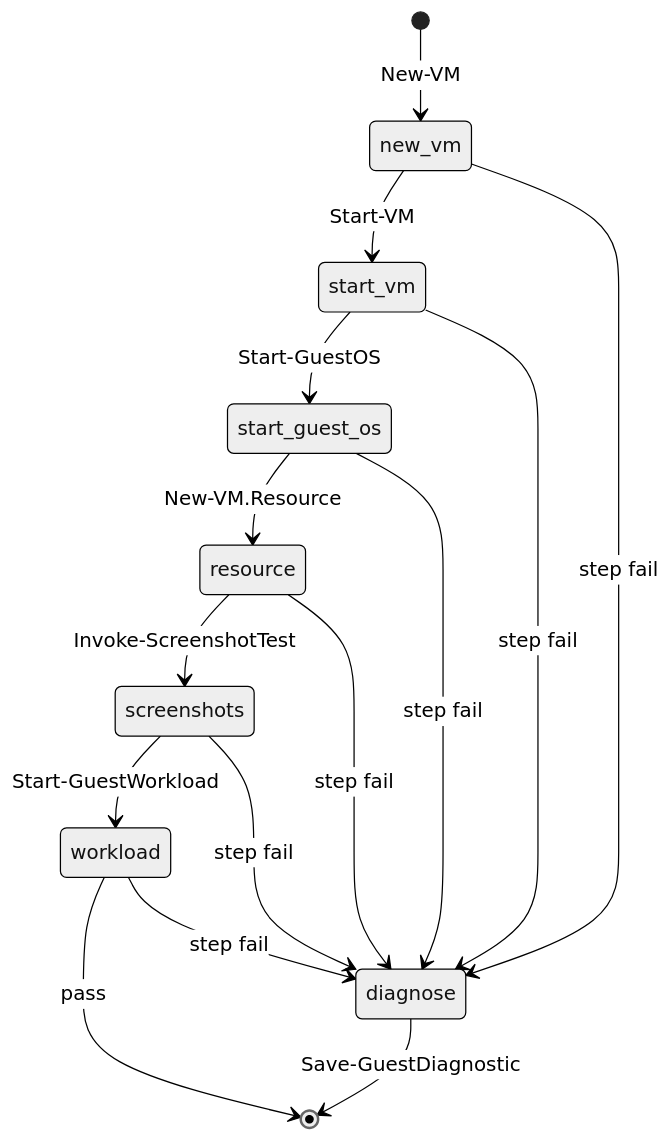
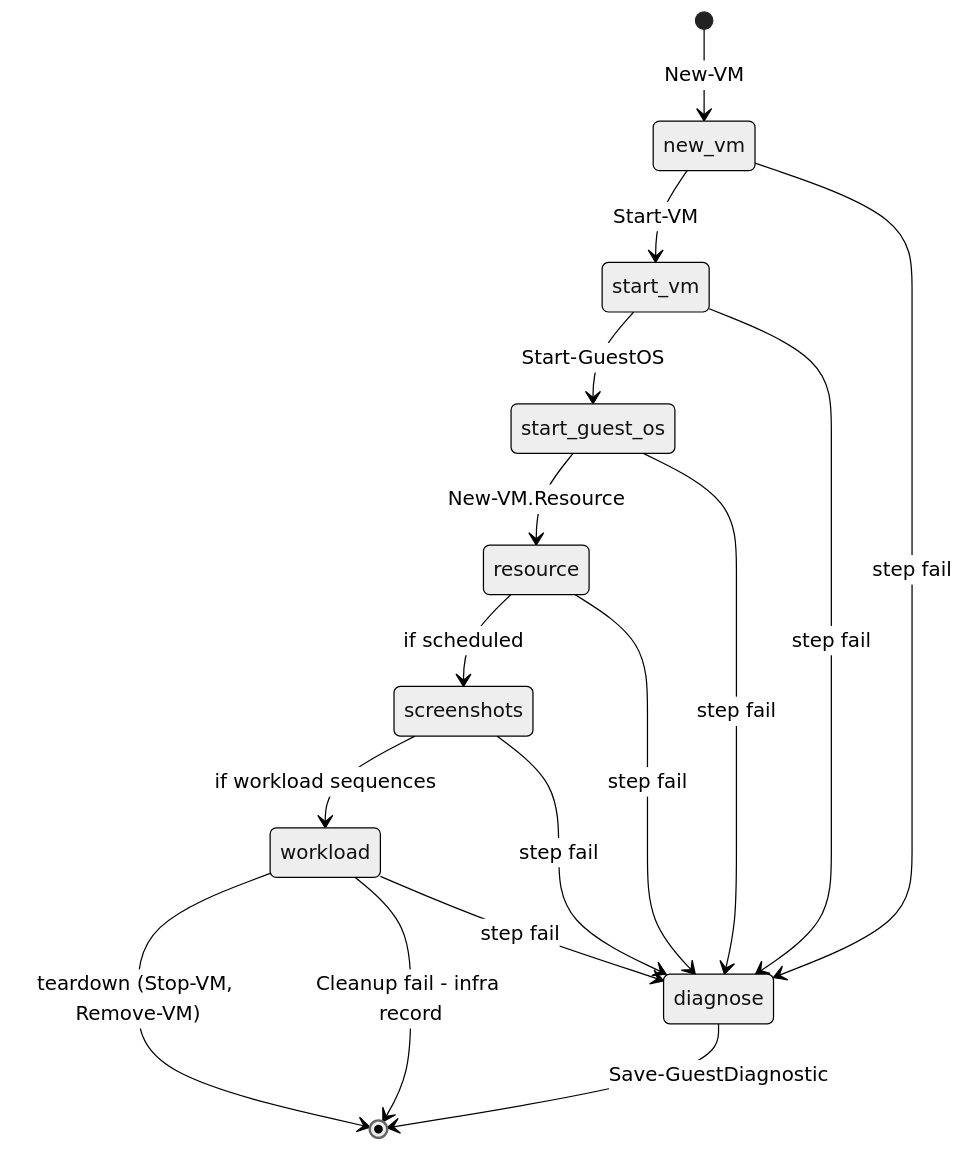
Before and after one commit to alissonsol/yuruna: the second of 2 diagrams in docs/design/04-lifecycle-state.md, drawn with Mermaid (neutral theme). The commit also changed other lines of this file and 536 other files, not shown here.

````diff
--- a/docs/design/04-lifecycle-state.md
+++ b/docs/design/04-lifecycle-state.md
@@ -43,17 +78,18 @@
 ```mermaid
 stateDiagram-v2
     [*] --> new_vm : New-VM
     new_vm --> start_vm : Start-VM
     start_vm --> start_guest_os : Start-GuestOS
     start_guest_os --> resource : New-VM.Resource
-    resource --> screenshots : Invoke-ScreenshotTest
-    screenshots --> workload : Start-GuestWorkload
-    workload --> [*] : pass
+    resource --> screenshots : if scheduled
+    screenshots --> workload : if workload sequences
+    workload --> [*] : teardown (Stop-VM, Remove-VM)
+    workload --> [*] : Cleanup fail - infra record
     new_vm --> diagnose : step fail
     start_vm --> diagnose : step fail
     start_guest_os --> diagnose : step fail
     resource --> diagnose : step fail
     screenshots --> diagnose : step fail
     workload --> diagnose : step fail
     diagnose --> [*] : Save-GuestDiagnostic
 ```
````
